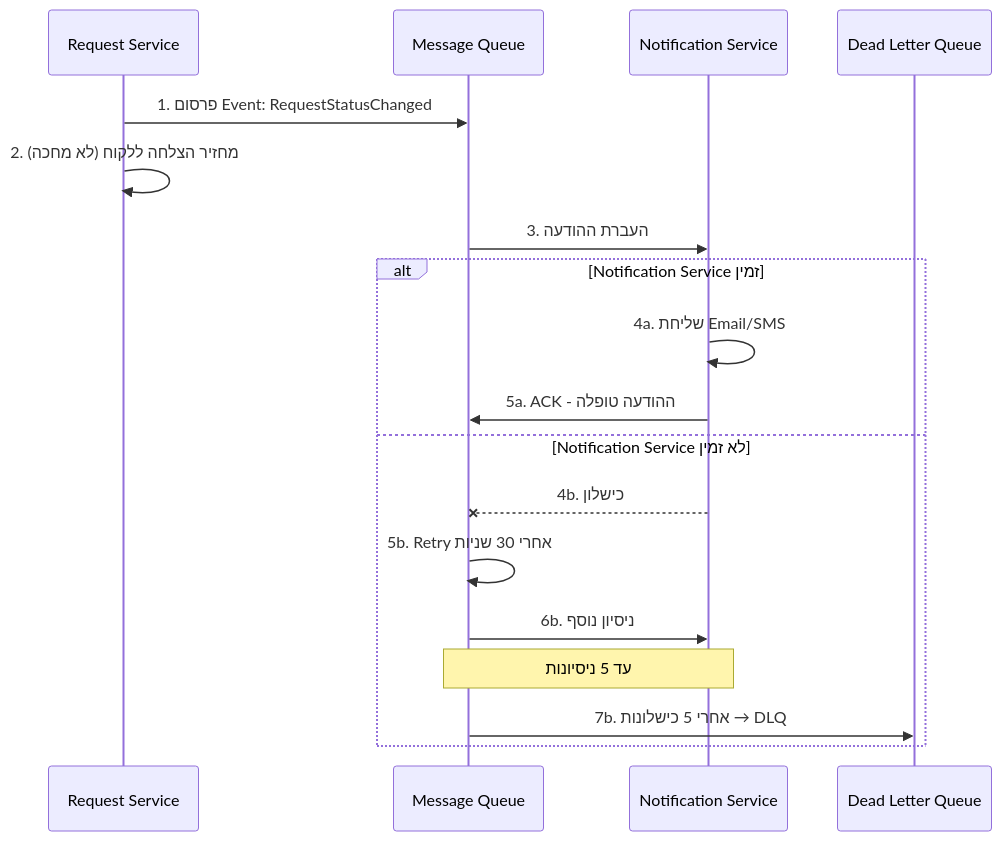
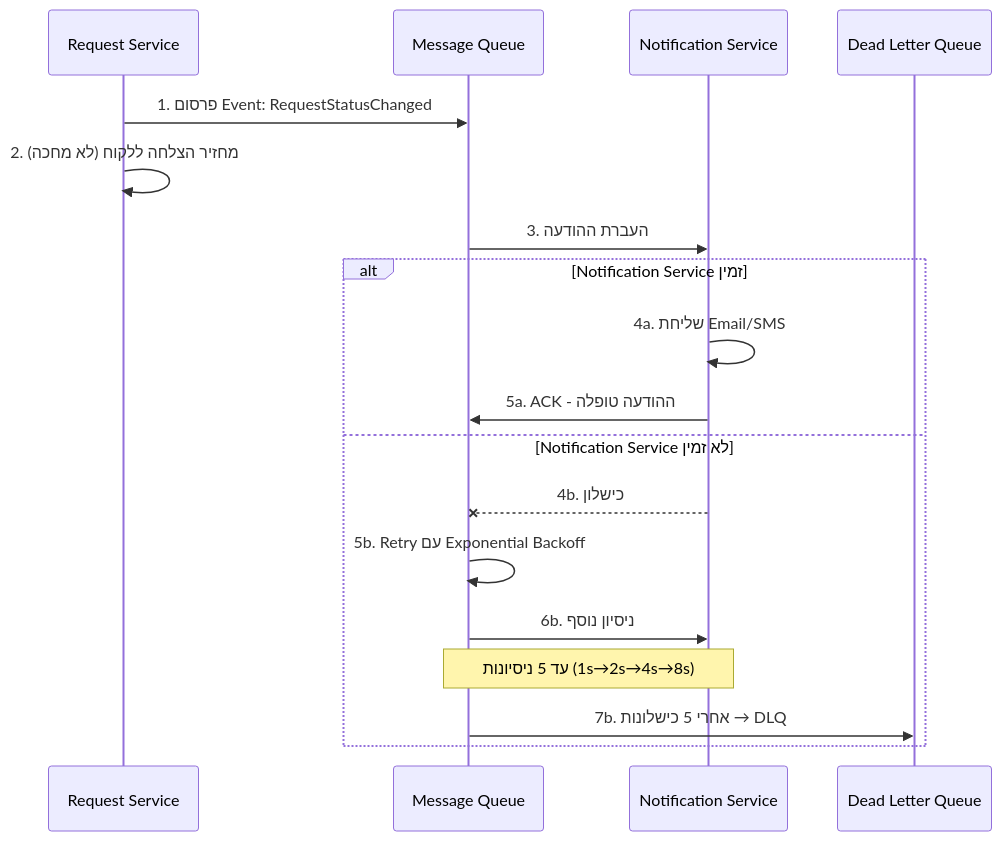
Before and after one commit to tamarm-collab/fullstack-search-api-task: the second of 2 diagrams in ARCHITECTURE.md, drawn with Mermaid. The commit also changed other lines of this file and 6 other files, not shown here.

````diff
--- a/ARCHITECTURE.md
+++ b/ARCHITECTURE.md
@@ -74,23 +74,23 @@
 ```mermaid
 sequenceDiagram
     participant RS as Request Service
     participant MQ as Message Queue
     participant NS as Notification Service
     participant DLQ as Dead Letter Queue
     
     RS->>MQ: 1. פרסום Event: RequestStatusChanged
     RS->>RS: 2. מחזיר הצלחה ללקוח (לא מחכה)
     
     MQ->>NS: 3. העברת ההודעה
     
     alt Notification Service זמין
         NS->>NS: 4a. שליחת Email/SMS
         NS->>MQ: 5a. ACK - ההודעה טופלה
     else Notification Service לא זמין
         NS--xMQ: 4b. כישלון
-        MQ->>MQ: 5b. Retry אחרי 30 שניות
+        MQ->>MQ: 5b. Retry עם Exponential Backoff
         MQ->>NS: 6b. ניסיון נוסף
-        Note over MQ,NS: עד 5 ניסיונות
+        Note over MQ,NS: עד 5 ניסיונות (1s→2s→4s→8s)
         MQ->>DLQ: 7b. אחרי 5 כישלונות → DLQ
     end
 ```
````
